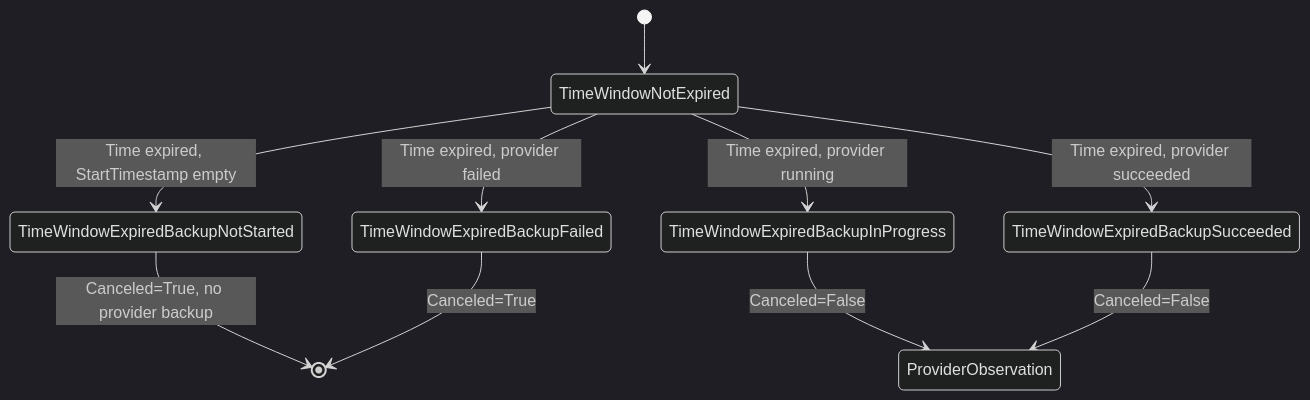
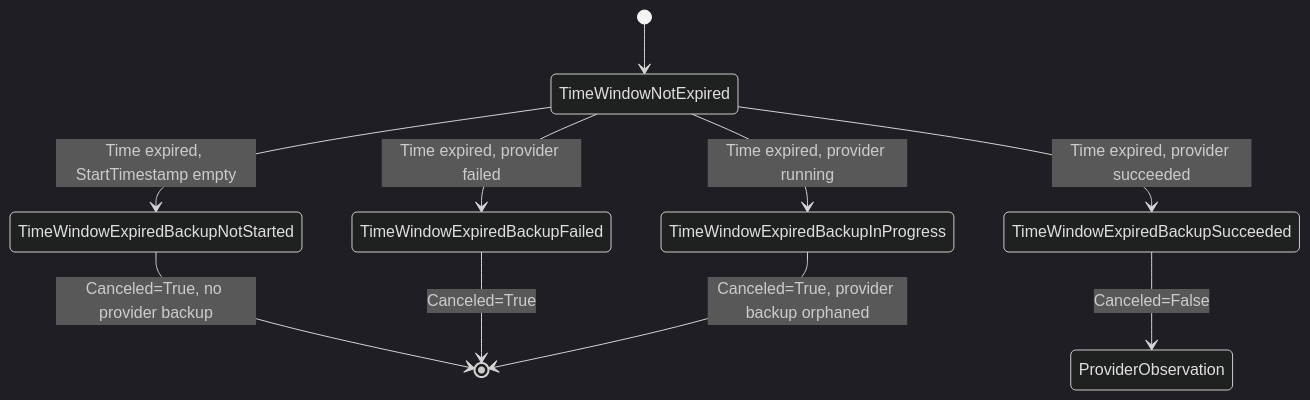
Before and after one commit to cloudogu/k8s-backup-operator: the second of 4 diagrams in docs/development/backup/backup_process_en.md, drawn with Mermaid (dark theme). The commit also changed other lines of this file and 4 other files, not shown here.

Commit message:
#119 add docs for deletion of provider backups of a canceled run

````diff
--- a/docs/development/backup/backup_process_en.md
+++ b/docs/development/backup/backup_process_en.md
@@ -93,12 +93,12 @@
 ```mermaid
 stateDiagram-v2
     [*] --> TimeWindowNotExpired
     TimeWindowNotExpired --> TimeWindowExpiredBackupNotStarted: Time expired, StartTimestamp empty
     TimeWindowNotExpired --> TimeWindowExpiredBackupInProgress: Time expired, provider running
     TimeWindowNotExpired --> TimeWindowExpiredBackupFailed: Time expired, provider failed
     TimeWindowNotExpired --> TimeWindowExpiredBackupSucceeded: Time expired, provider succeeded
     TimeWindowExpiredBackupNotStarted --> [*]: Canceled=True, no provider backup
     TimeWindowExpiredBackupFailed --> [*]: Canceled=True
-    TimeWindowExpiredBackupInProgress --> ProviderObservation: Canceled=False
+    TimeWindowExpiredBackupInProgress --> [*]: Canceled=True, provider backup orphaned
     TimeWindowExpiredBackupSucceeded --> ProviderObservation: Canceled=False
 ```
````
